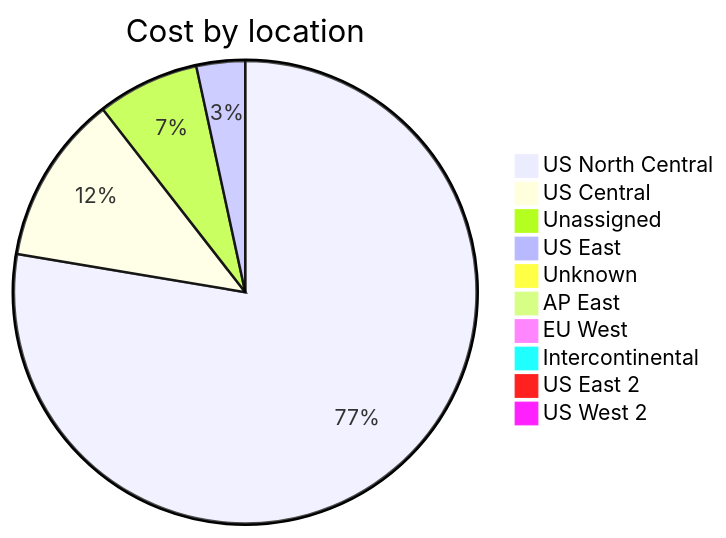
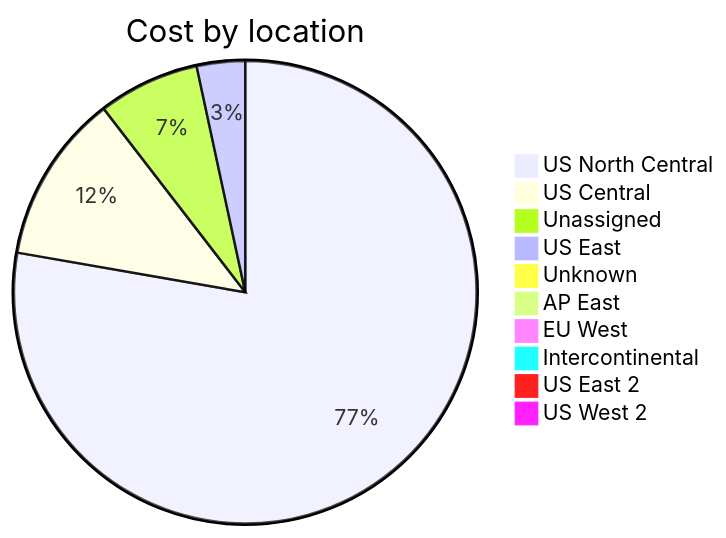
Before and after one commit to jpfulton/azure-personal-reports: the third of 4 diagrams in cost-reports/accumulated-cost.md, drawn with Mermaid. The commit also changed other lines of this file and 3 other files, not shown here.

````diff
--- a/cost-reports/accumulated-cost.md
+++ b/cost-reports/accumulated-cost.md
@@ -132,14 +132,14 @@
 ```mermaid
 pie
    title Cost by location
-   "US North Central" : 126.56
-   "US Central" : 19.28
+   "US North Central" : 127.59
+   "US Central" : 19.37
    "Unassigned" : 11.62
    "US East" : 5.54
    "Unknown" : 0.70
    "AP East" : 0.00
    "EU West" : 0.00
    "Intercontinental" : 0.00
    "US East 2" : 0.00
    "US West 2" : 0.00
 ```
````
